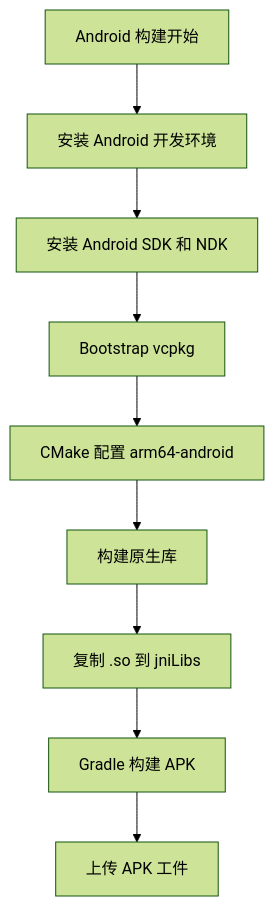
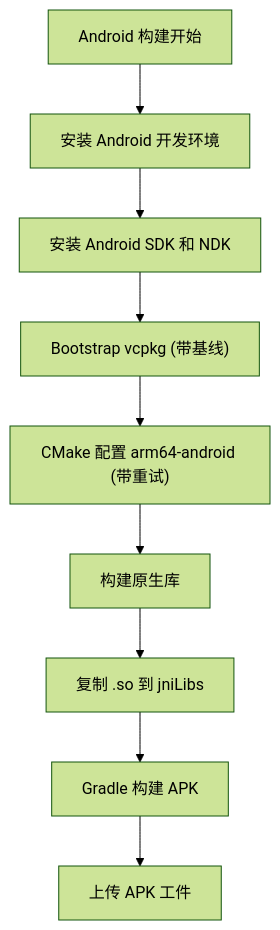
The ninth of 11 diagrams in .qoder/repowiki/zh/content/开发测试与贡献/CI_CD流水线增强.md (hsmbanlance/HsBaSlicer), drawn with Mermaid (forest theme) before and after one commit. The commit also changed other lines of this file and 172 other files, not shown here.

````diff
--- a/.qoder/repowiki/zh/content/开发测试与贡献/CI_CD流水线增强.md
+++ b/.qoder/repowiki/zh/content/开发测试与贡献/CI_CD流水线增强.md
@@ -412,11 +424,11 @@
 ```mermaid
 flowchart TD
 Start["Android 构建开始"] --> Env["安装 Android 开发环境"]
 Env --> SDK["安装 Android SDK 和 NDK"]
-SDK --> Vcpkg["Bootstrap vcpkg"]
-Vcpkg --> Configure["CMake 配置 arm64-android"]
+SDK --> Vcpkg["Bootstrap vcpkg (带基线)"]
+Vcpkg --> Configure["CMake 配置 arm64-android (带重试)"]
 Configure --> Build["构建原生库"]
 Build --> Copy["复制 .so 到 jniLibs"]
 Copy --> Gradle["Gradle 构建 APK"]
 Gradle --> Artifact["上传 APK 工件"]
 ```
````
